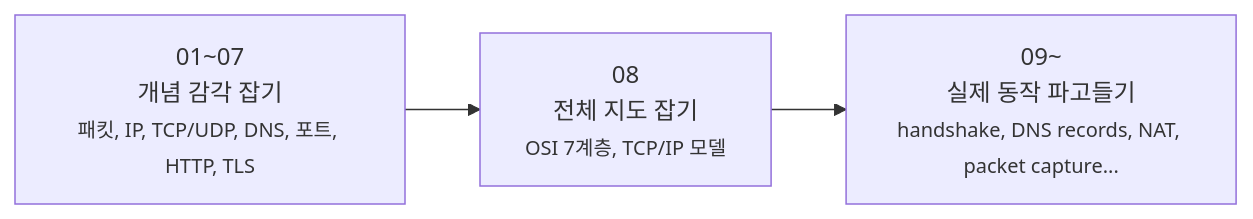
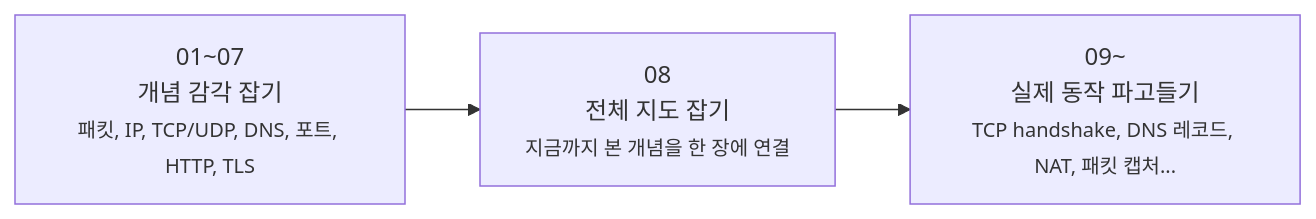
Before and after one commit to kmj8843/blog: the diagram in docs/Network/index.md, drawn with Mermaid. The commit also changed other lines of this file, not shown here.

````diff
--- a/docs/Network/index.md
+++ b/docs/Network/index.md
@@ -51,8 +52,8 @@
 ```mermaid
 flowchart LR
     A[01~07<br/>개념 감각 잡기<br/><small>패킷, IP, TCP/UDP, DNS, 포트, HTTP, TLS</small>]
-    B[08<br/>전체 지도 잡기<br/><small>OSI 7계층, TCP/IP 모델</small>]
-    C[09~<br/>실제 동작 파고들기<br/><small>handshake, DNS records, NAT, packet capture...</small>]
+    B[08<br/>전체 지도 잡기<br/><small>지금까지 본 개념을 한 장에 연결</small>]
+    C[09~<br/>실제 동작 파고들기<br/><small>TCP handshake, DNS 레코드, NAT, 패킷 캡처...</small>]
 
     A --> B --> C
 ```
````
